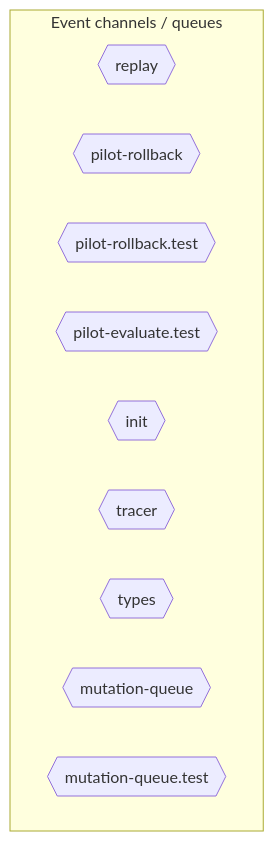
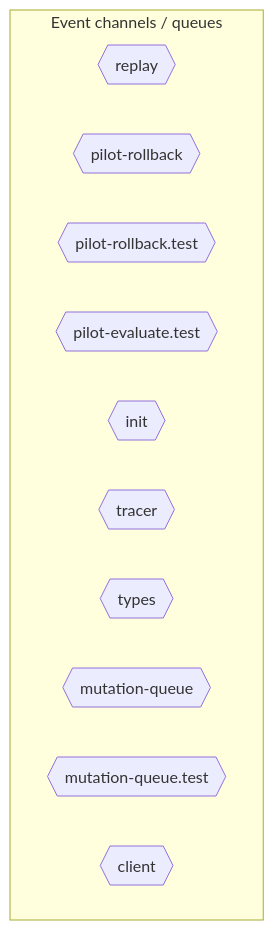
One commit to jscraik/coding-harness changed the diagram in AI/diagrams/events.mmd. Above: the diagram before and after it, drawn with Mermaid. The commit also changed 8 other files, not shown here.

Commit message:
chore(diagrams): auto-refresh architecture diagrams

```diff
--- a/AI/diagrams/events.mmd
+++ b/AI/diagrams/events.mmd
@@ -1,13 +1,14 @@
 flowchart TD
   subgraph Channels["Event channels / queues"]
     replay_ac203c98{{"replay"}}
     pilot_rollback_00c1f82c{{"pilot-rollback"}}
     pilot_rollback_test_e61d5a2b{{"pilot-rollback.test"}}
     pilot_evaluate_test_a2ac06fc{{"pilot-evaluate.test"}}
     init_bb54068a{{"init"}}
     tracer_1e6243a2{{"tracer"}}
-    types_5_f869ec4b{{"types"}}
+    types_4_822d0f88{{"types"}}
     mutation_queue_ce5a530e{{"mutation-queue"}}
     mutation_queue_test_10b599e8{{"mutation-queue.test"}}
+    client_948fe603{{"client"}}
   end
   classDef eventNode fill:#db2777,color:#fff
```
